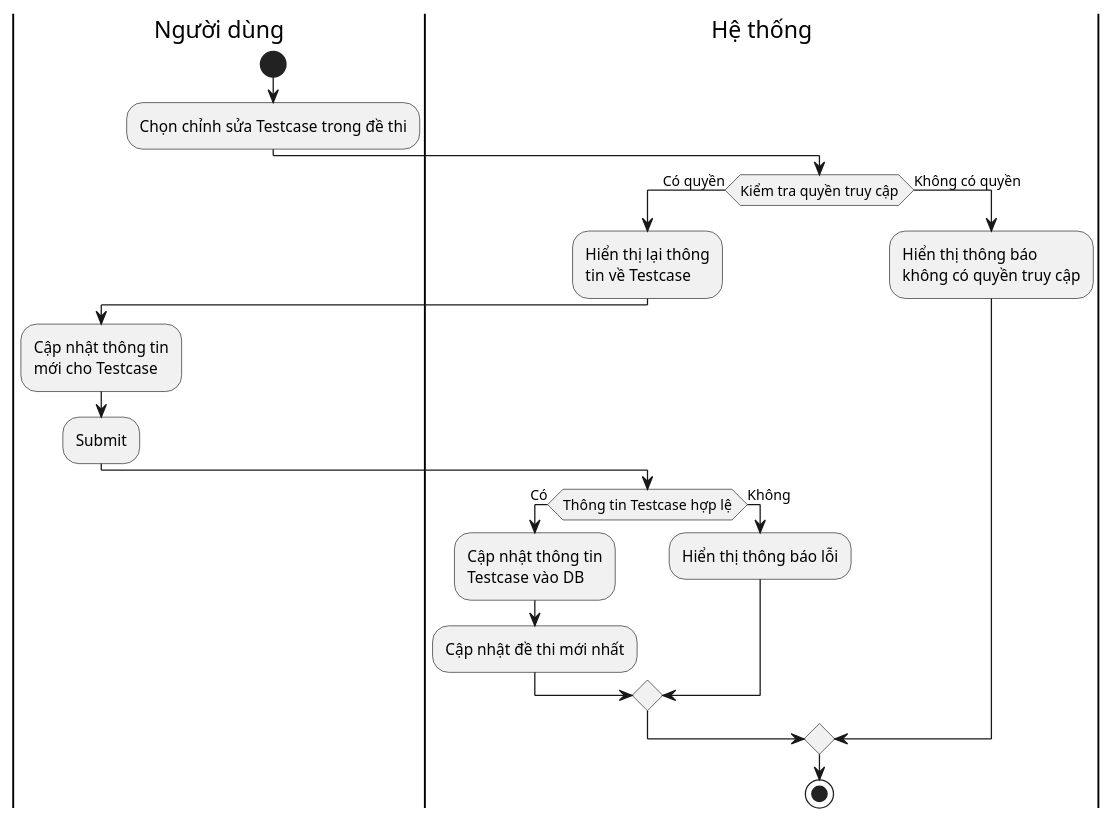
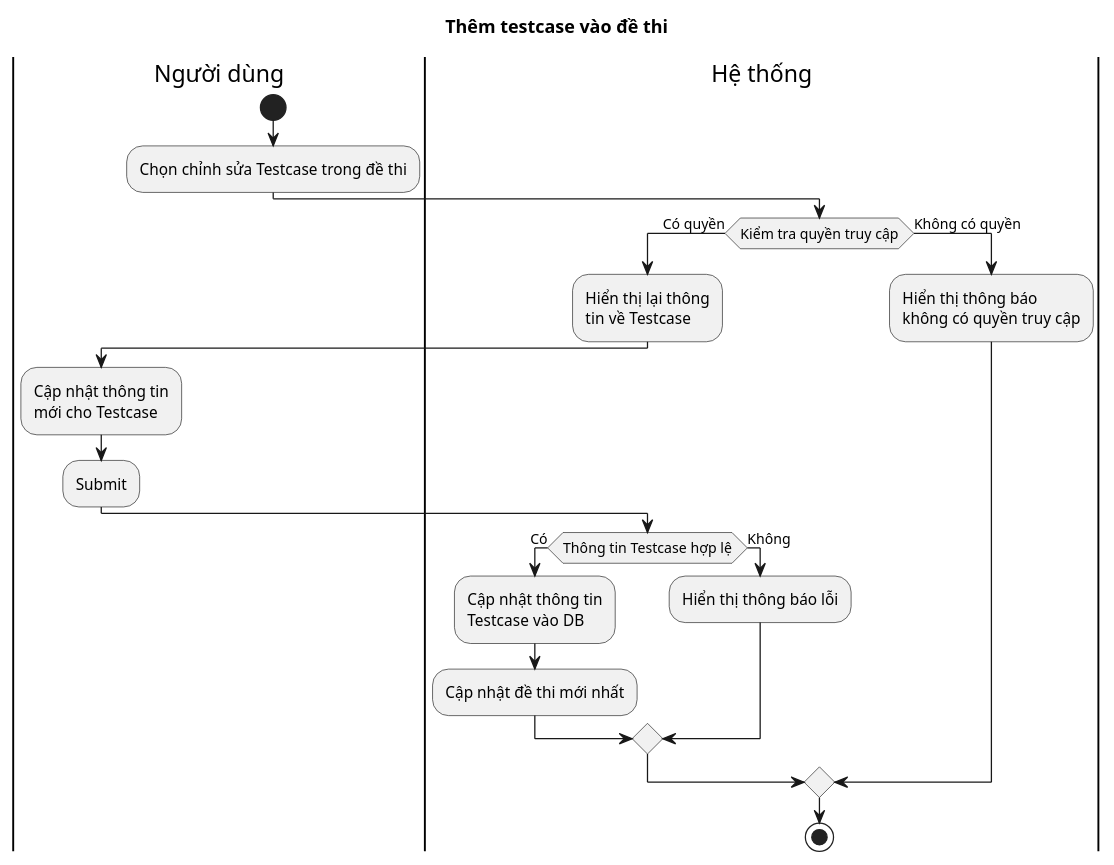
One commit to minh-tn-hust/leetcodedesign changed the diagram in Diagram/Activity/Thêm Testcase.plantuml. Above: the diagram before and after it, drawn with PlantUML. The commit also changed 31 other files, not shown here.

```diff
--- a/Diagram/Activity/Thêm Testcase.plantuml
+++ b/Diagram/Activity/Thêm Testcase.plantuml
@@ -1,22 +1,23 @@
 @startuml
+title Thêm testcase vào đề thi
 |Người dùng|
 start
 :Chọn chỉnh sửa Testcase trong đề thi;
 |Hệ thống|
 if (Kiểm tra quyền truy cập) then (Có quyền)
   :Hiển thị lại thông\ntin về Testcase;
   |Người dùng|
   :Cập nhật thông tin\nmới cho Testcase;
   :Submit;
   |Hệ thống|
   if (Thông tin Testcase hợp lệ) then (Có)
     :Cập nhật thông tin\nTestcase vào DB;
     :Cập nhật đề thi mới nhất;
   else (Không)
     :Hiển thị thông báo lỗi;
   endif
 else (Không có quyền)
   :Hiển thị thông báo\nkhông có quyền truy cập;
 endif
 stop
 @enduml
```
